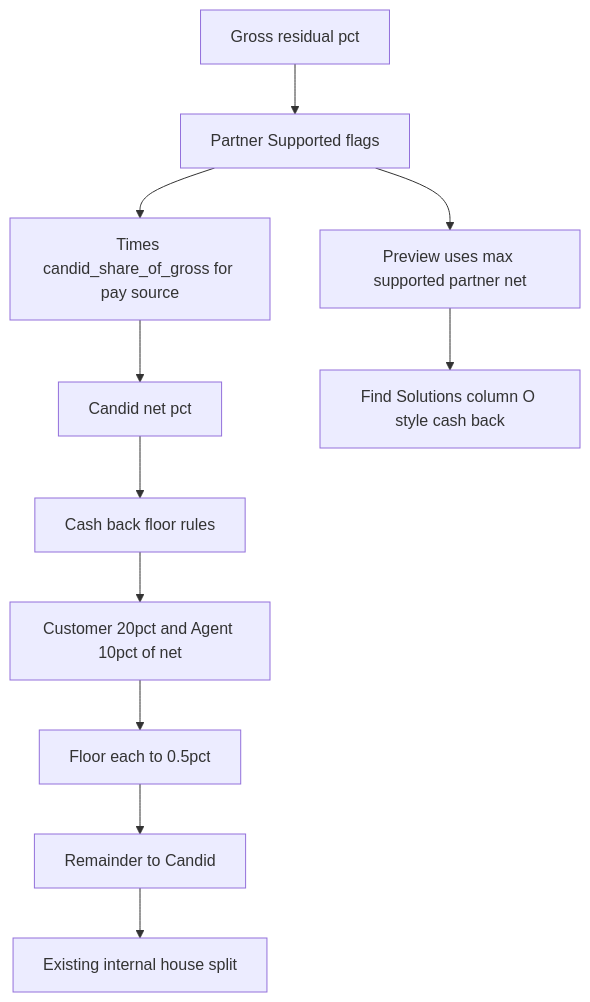
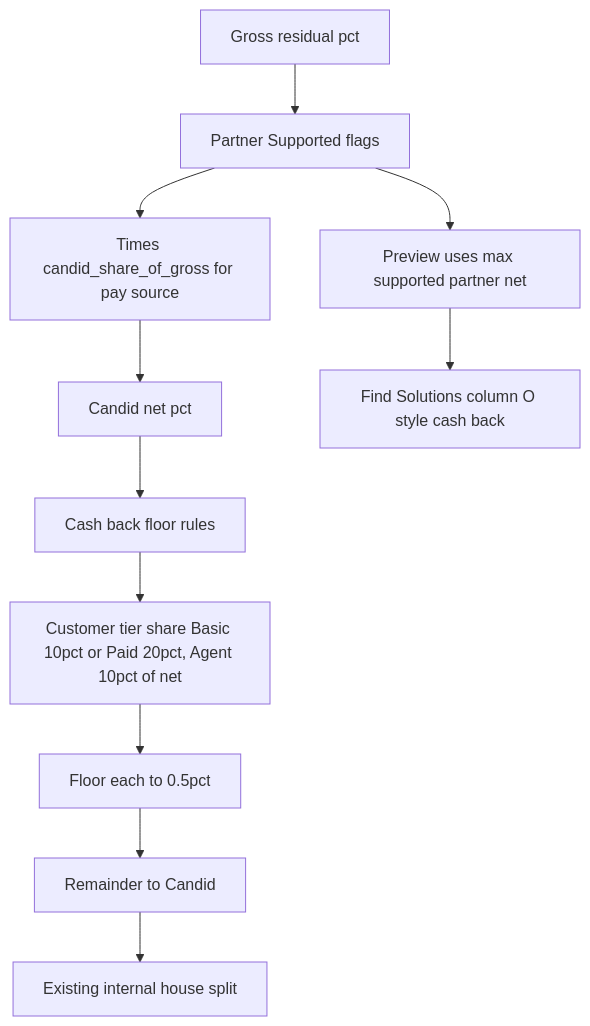
Before and after one commit to CandidApps/candidportal: the first of 2 diagrams in docs/CandidIQ-MEMBER-EARNINGS-SPIFF-ARCHITECTURE.md, drawn with Mermaid. The commit also changed other lines of this file and 163 other files, not shown here.

````diff
--- a/docs/CandidIQ-MEMBER-EARNINGS-SPIFF-ARCHITECTURE.md
+++ b/docs/CandidIQ-MEMBER-EARNINGS-SPIFF-ARCHITECTURE.md
@@ -162,13 +190,13 @@
 ```mermaid
 flowchart TD
   gross[Gross residual pct] --> portfolio[Partner Supported flags]
   portfolio --> share[Times candid_share_of_gross for pay source]
   share --> net[Candid net pct]
   net --> floors[Cash back floor rules]
-  floors --> shares[Customer 20pct and Agent 10pct of net]
+  floors --> shares[Customer tier share Basic 10pct or Paid 20pct, Agent 10pct of net]
   shares --> round[Floor each to 0.5pct]
   round --> candid[Remainder to Candid]
   candid --> house[Existing internal house split]
   portfolio --> preview[Preview uses max supported partner net]
   preview --> display[Find Solutions column O style cash back]
 ```
````
